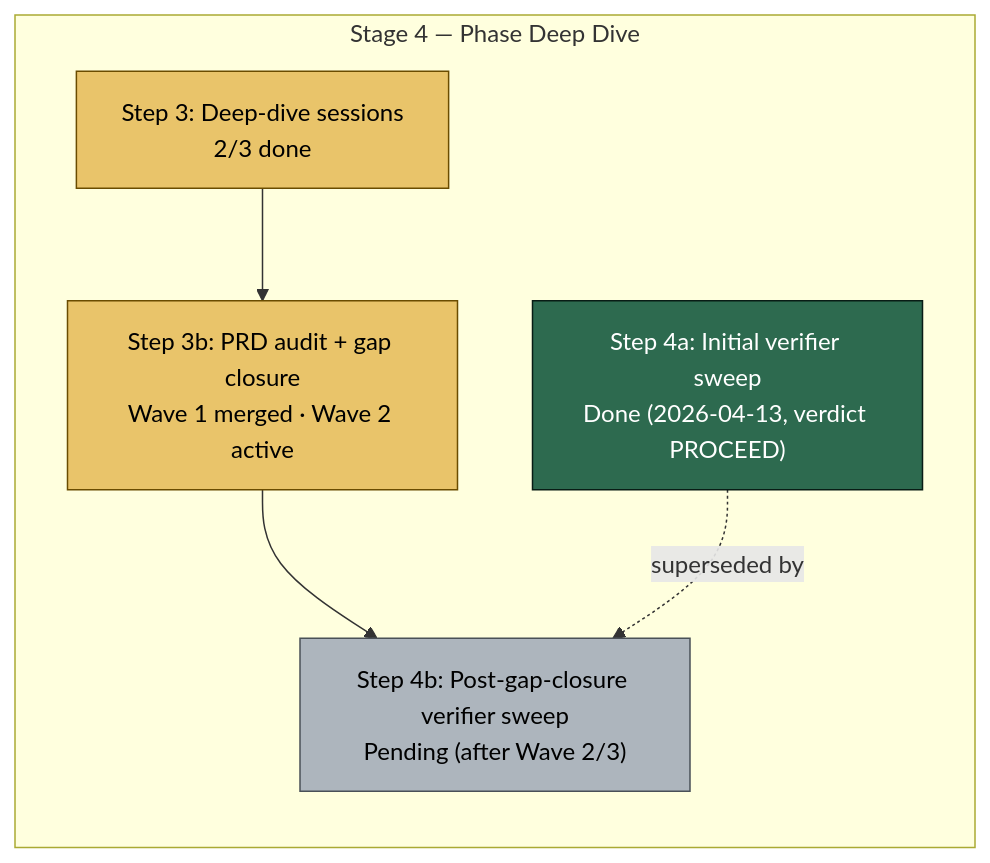
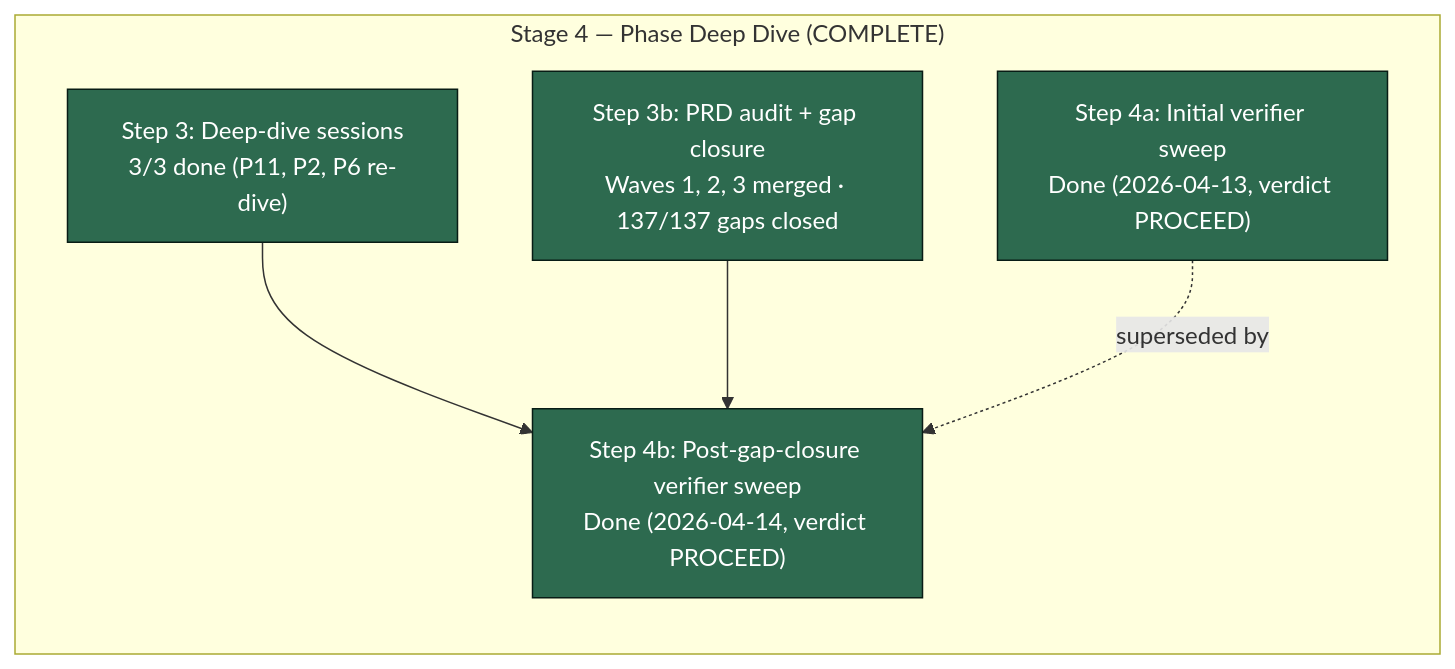
Before and after one commit to Mar5929/Salesforce-Consulting-SDLC-App: the second of 4 diagrams in docs/bef/PROJECT_STATE_VISUAL.md, drawn with Mermaid. The commit also changed other lines of this file and 6 other files, not shown here.

First line of the commit message:
deep-dive(phase-06): re-dive; split into 6a (five-layer KB) + 6b (Org Health)

````diff
--- a/docs/bef/PROJECT_STATE_VISUAL.md
+++ b/docs/bef/PROJECT_STATE_VISUAL.md
@@ -28,17 +28,18 @@
 ```mermaid
 flowchart TD
-    subgraph S4["Stage 4 — Phase Deep Dive"]
+    subgraph S4["Stage 4 — Phase Deep Dive (COMPLETE)"]
         direction TB
-        Step3["Step 3: Deep-dive sessions<br/>2/3 done"]:::partial
-        Step3b["Step 3b: PRD audit + gap closure<br/>Wave 1 merged · Wave 2 active"]:::partial
+        Step3["Step 3: Deep-dive sessions<br/>3/3 done (P11, P2, P6 re-dive)"]:::done
+        Step3b["Step 3b: PRD audit + gap closure<br/>Waves 1, 2, 3 merged · 137/137 gaps closed"]:::done
         Step4a["Step 4a: Initial verifier sweep<br/>Done (2026-04-13, verdict PROCEED)"]:::done
-        Step4b["Step 4b: Post-gap-closure verifier sweep<br/>Pending (after Wave 2/3)"]:::blocked
+        Step4b["Step 4b: Post-gap-closure verifier sweep<br/>Done (2026-04-14, verdict PROCEED)"]:::done
 
-        Step3 --> Step3b --> Step4b
+        Step3 --> Step4b
+        Step3b --> Step4b
         Step4a -.->|superseded by| Step4b
     end
 
     classDef done fill:#2d6a4f,stroke:#081c15,color:#fff
     classDef partial fill:#e9c46a,stroke:#6a4c00,color:#000
     classDef blocked fill:#adb5bd,stroke:#495057,color:#000
 ```
````
